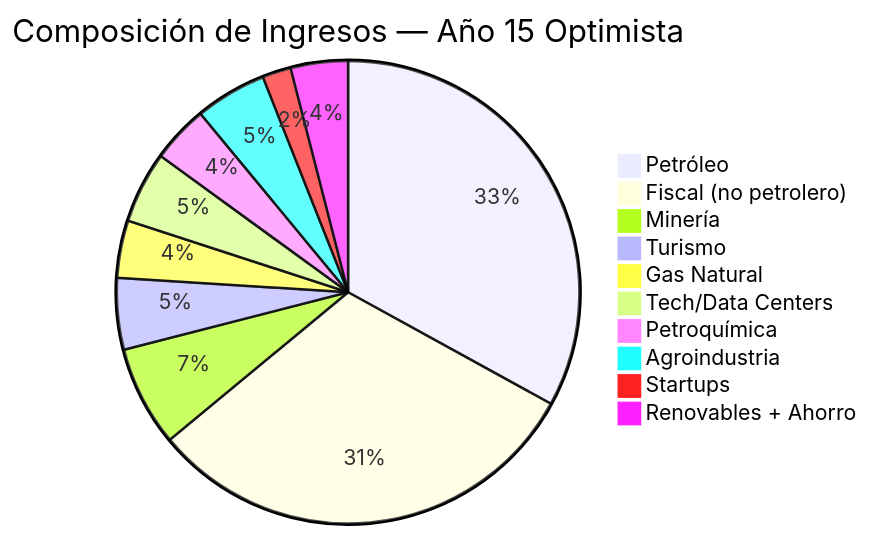
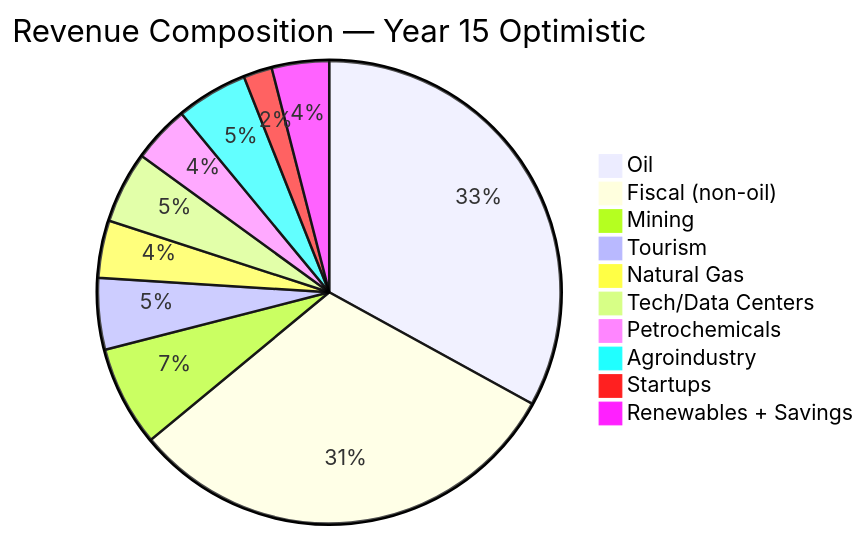
Before and after one commit to Venezuela-S-A/venezuela-sa: the eighth of 10 diagrams in i18n/en/docusaurus-plugin-content-docs/current/07-ejecucion/el-sueno.md, drawn with Mermaid. The commit also changed other lines of this file and 127 other files, not shown here.

````diff
--- a/i18n/en/docusaurus-plugin-content-docs/current/07-ejecucion/el-sueno.md
+++ b/i18n/en/docusaurus-plugin-content-docs/current/07-ejecucion/el-sueno.md
@@ -589,13 +589,13 @@
 ```mermaid
-pie title Composición de Ingresos — Año 15 Optimista
-    "Petróleo" : 33
-    "Fiscal (no petrolero)" : 31
-    "Minería" : 7
-    "Turismo" : 5
-    "Gas Natural" : 4
+pie title Revenue Composition — Year 15 Optimistic
+    "Oil" : 33
+    "Fiscal (non-oil)" : 31
+    "Mining" : 7
+    "Tourism" : 5
+    "Natural Gas" : 4
     "Tech/Data Centers" : 5
-    "Petroquímica" : 4
-    "Agroindustria" : 5
+    "Petrochemicals" : 4
+    "Agroindustry" : 5
     "Startups" : 2
-    "Renovables + Ahorro" : 4
+    "Renewables + Savings" : 4
 ```
````
